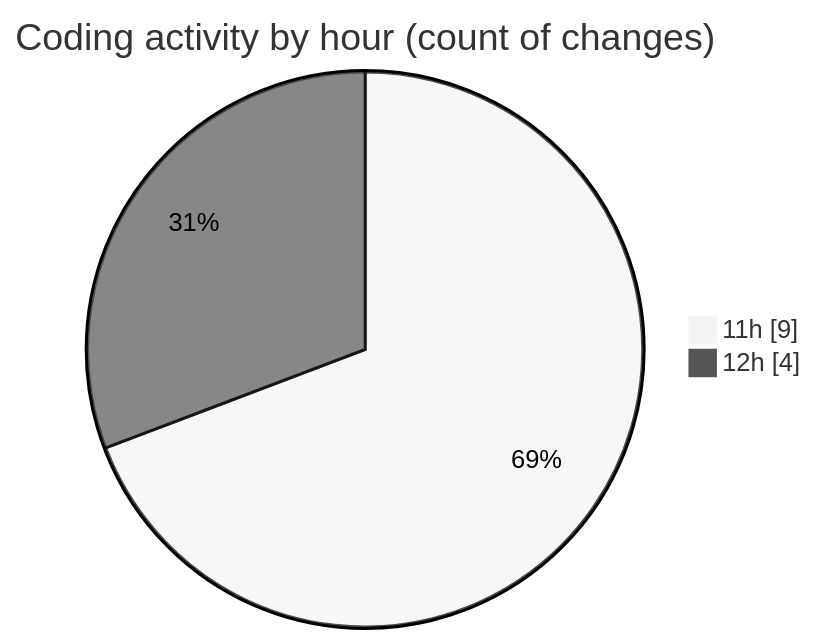
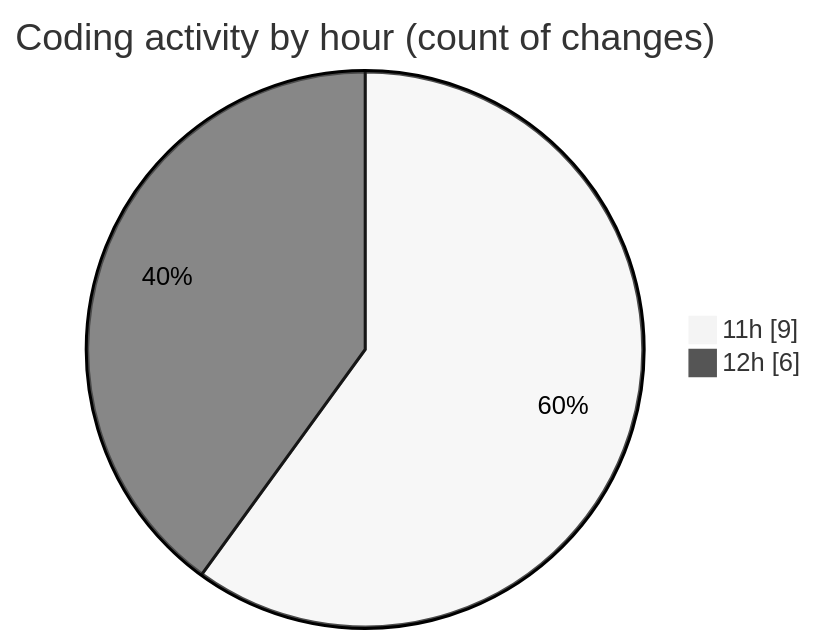
Before and after one commit to BS-eng2023/code-tracking: the second of 2 diagrams in 2025-05-08/recipe-app/README.md, drawn with Mermaid (neutral theme). The commit also changed other lines of this file and 1 other file, not shown here.

````diff
--- a/2025-05-08/recipe-app/README.md
+++ b/2025-05-08/recipe-app/README.md
@@ -31,6 +32,6 @@
 ```mermaid
 pie showData
 title Coding activity by hour (count of changes)
 "11h" : 9
-"12h" : 4
+"12h" : 6
 ```
````
